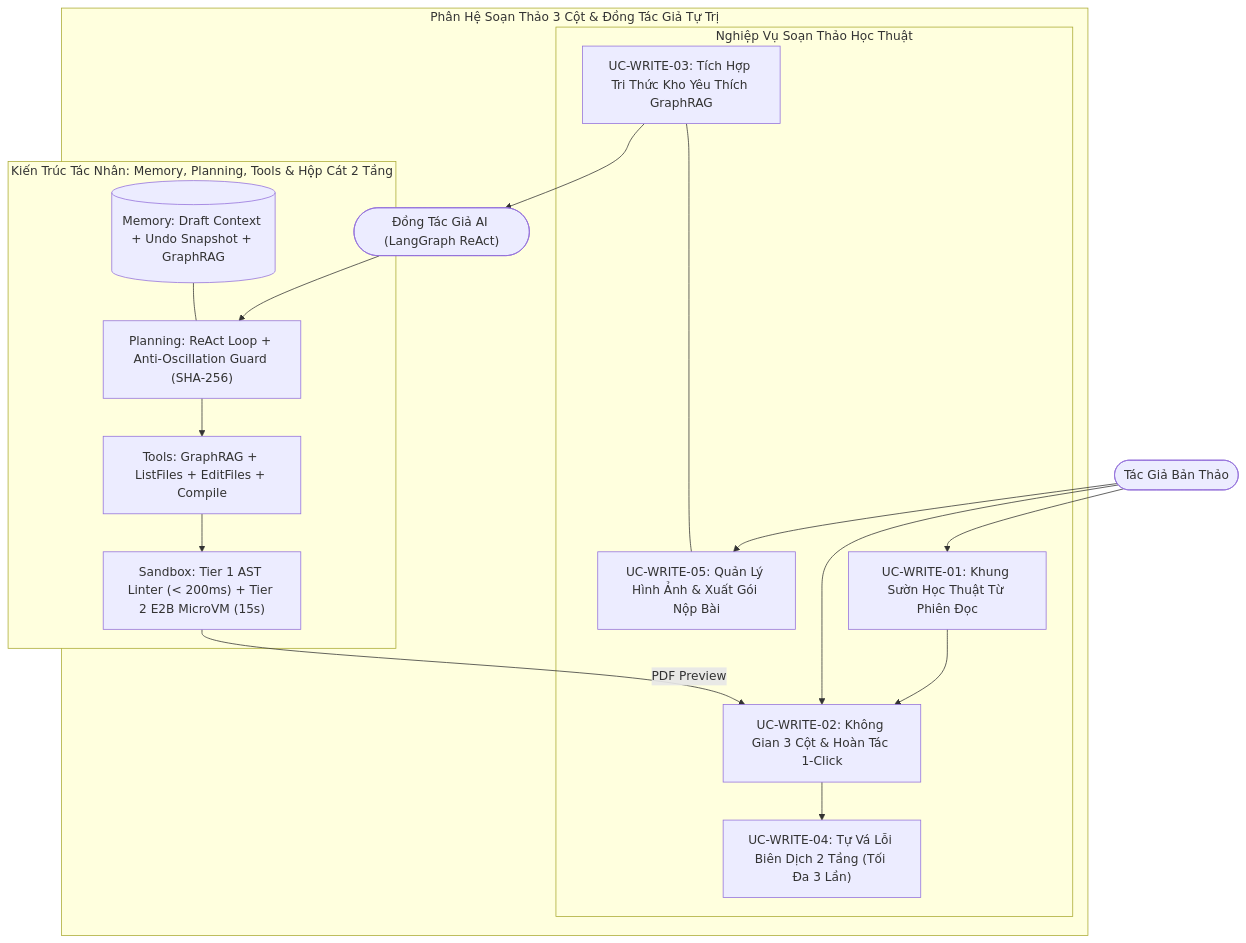
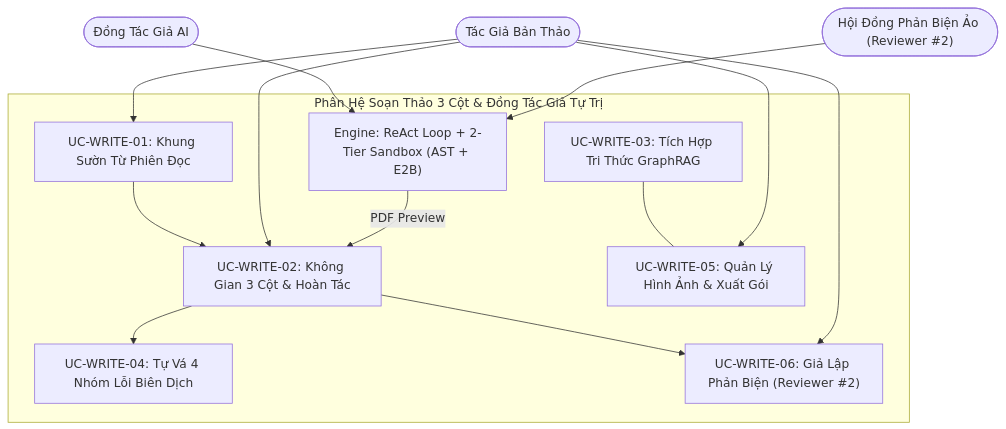
One commit to dammanhdungvn/VeriScholar changed the diagram in docs/PRD/06-agentic-overleaf-writing.md. Above: the diagram before and after it, drawn with Mermaid. The commit also changed other lines of this file and 1 other file, not shown here.

Commit message:
docs(prd): update PRD-06 with 4 latex error classes and simulated peer reviewer

````diff
--- a/docs/PRD/06-agentic-overleaf-writing.md
+++ b/docs/PRD/06-agentic-overleaf-writing.md
@@ -42,33 +46,16 @@
 ```mermaid
 flowchart TD
     Scholar(["Tác Giả Bản Thảo"])
-    CoAuthor(["Đồng Tác Giả AI (LangGraph ReAct)"])
-
+    CoAuthor(["Đồng Tác Giả AI"])
+    Reviewer2(["Hội Đồng Phản Biện Ảo (Reviewer #2)"])
     subgraph WritingBoundary ["Phân Hệ Soạn Thảo 3 Cột & Đồng Tác Giả Tự Trị"]
-        subgraph UseCases ["Nghiệp Vụ Soạn Thảo Học Thuật"]
-            UC1["UC-WRITE-01: Khung Sườn Học Thuật Từ Phiên Đọc"]
-            UC2["UC-WRITE-02: Không Gian 3 Cột & Hoàn Tác 1-Click"]
-            UC3["UC-WRITE-03: Tích Hợp Tri Thức Kho Yêu Thích GraphRAG"]
-            UC4["UC-WRITE-04: Tự Vá Lỗi Biên Dịch 2 Tầng (Tối Đa 3 Lần)"]
-            UC5["UC-WRITE-05: Quản Lý Hình Ảnh & Xuất Gói Nộp Bài"]
-            UC1 --> UC2 --> UC4
-            UC3 --- UC5
-        end
-
-        subgraph AgentArchitecture ["Kiến Trúc Tác Nhân: Memory, Planning, Tools & Hộp Cát 2 Tầng"]
-            Memory[("Memory: Draft Context + Undo Snapshot + GraphRAG")]
-            Planning["Planning: ReAct Loop + Anti-Oscillation Guard (SHA-256)"]
-            Tools["Tools: GraphRAG + ListFiles + EditFiles + Compile"]
-            Sandbox["Sandbox: Tier 1 AST Linter (< 200ms) + Tier 2 E2B MicroVM (15s)"]
-            Memory --- Planning --> Tools --> Sandbox
-        end
-
-        UC3 --> CoAuthor
-        CoAuthor --> Planning
-        Sandbox -->|"PDF Preview"| UC2
+        UC1["UC-WRITE-01: Khung Sườn Từ Phiên Đọc"] --> UC2["UC-WRITE-02: Không Gian 3 Cột & Hoàn Tác"] --> UC4["UC-WRITE-04: Tự Vá 4 Nhóm Lỗi Biên Dịch"]
+        UC3["UC-WRITE-03: Tích Hợp Tri Thức GraphRAG"] --- UC5["UC-WRITE-05: Quản Lý Hình Ảnh & Xuất Gói"]
+        UC2 --> UC6["UC-WRITE-06: Giả Lập Phản Biện (Reviewer #2)"]
+        Engine["Engine: ReAct Loop + 2-Tier Sandbox (AST + E2B)"]
     end
-
-    Scholar --> UC1
-    Scholar --> UC2
-    Scholar --> UC5
+    Scholar --> UC1 & UC2 & UC5 & UC6
+    CoAuthor --> Engine
+    Reviewer2 --> Engine
+    Engine -->|"PDF Preview"| UC2
 ```
````
